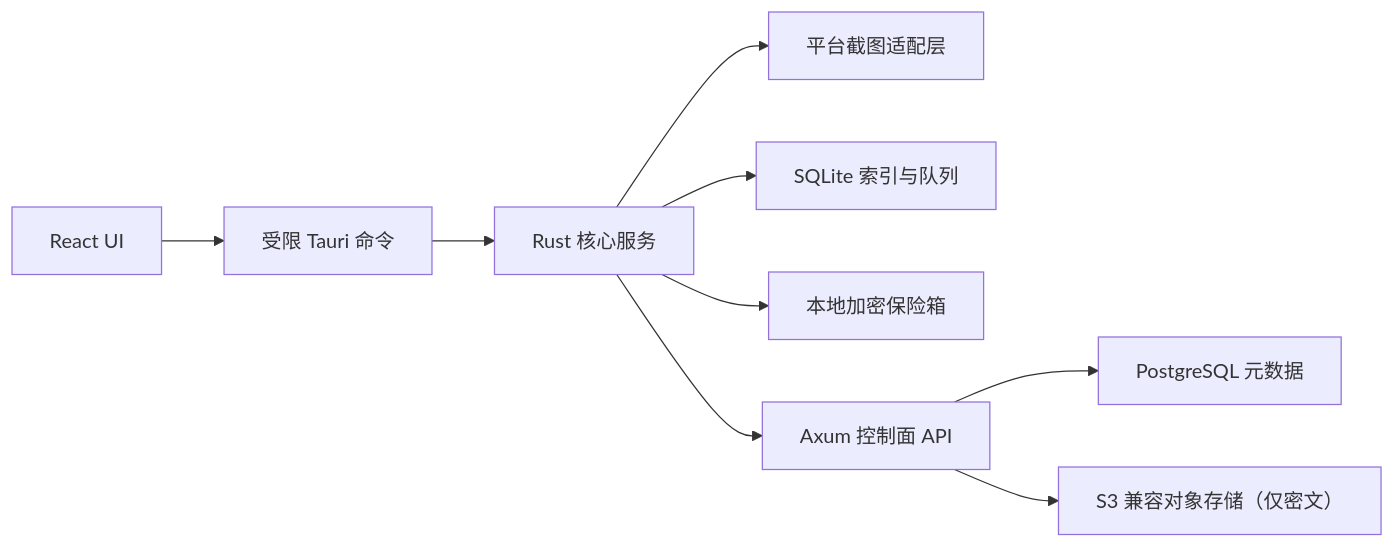
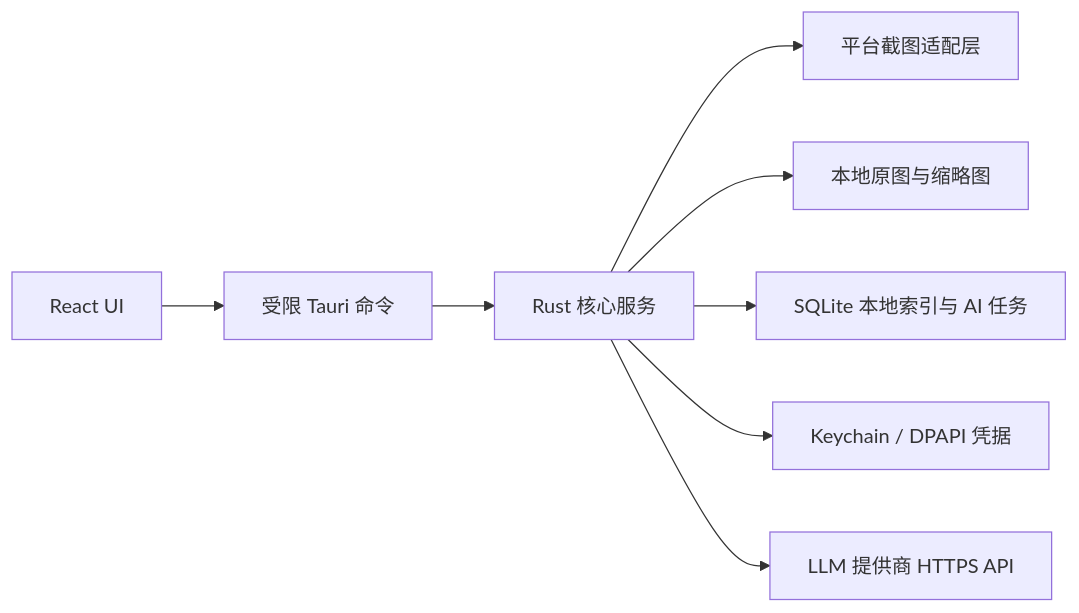
Before and after one commit to AlieZVzz/electronic-journey: the diagram in docs/architecture.md, drawn with Mermaid. The commit also changed other lines of this file and 44 other files, not shown here.

Commit message:
Refine application architecture and user journey flows

````diff
--- a/docs/architecture.md
+++ b/docs/architecture.md
@@ -16,11 +18,10 @@
 ```mermaid
 flowchart LR
     UI["React UI"] --> IPC["受限 Tauri 命令"]
     IPC --> CORE["Rust 核心服务"]
     CORE --> CAPTURE["平台截图适配层"]
-    CORE --> SQLITE["SQLite 索引与队列"]
-    CORE --> VAULT["本地加密保险箱"]
-    CORE --> API["Axum 控制面 API"]
-    API --> PG["PostgreSQL 元数据"]
-    API --> S3["S3 兼容对象存储（仅密文）"]
+    CORE --> STORAGE["本地原图与缩略图"]
+    CORE --> SQLITE["SQLite 本地索引与 AI 任务"]
+    CORE --> CREDENTIALS["Keychain / DPAPI 凭据"]
+    CORE --> LLM["LLM 提供商 HTTPS API"]
 ```
````
